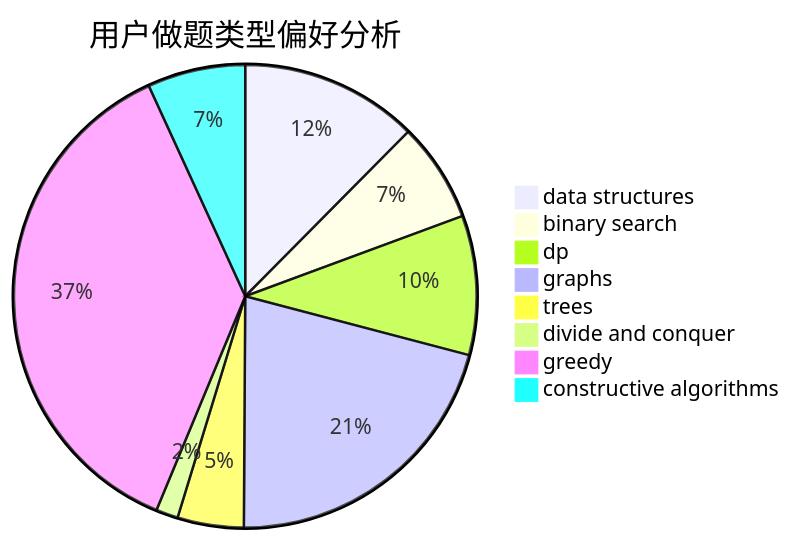
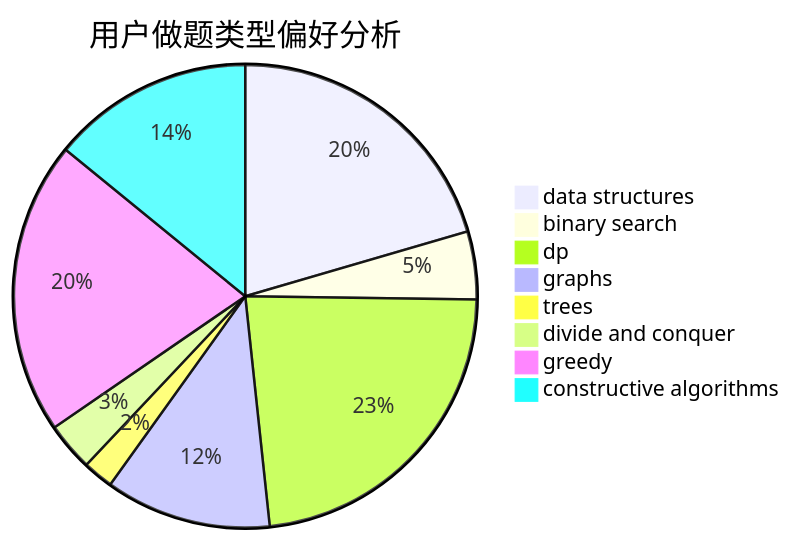
One commit to sherpahu/cfrs.github.io changed the second of 3 diagrams in docs/user/u156.md. Above: the diagram before and after it, drawn with Mermaid. The commit also changed other lines of this file and 2770 other files, not shown here.

````diff
--- a/docs/user/u156.md
+++ b/docs/user/u156.md
@@ -23,11 +23,11 @@
 ```mermaid
 pie title 用户做题类型偏好分析
-    "data structures" :  129
-    "binary search" :  72
-    "dp" :  101
-    "graphs" :  218
-    "trees" :  48
-    "divide and conquer" :  16
-    "greedy" :  383
-    "constructive algorithms" :  71
+    "data structures" :  212
+    "binary search" :  49
+    "dp" :  239
+    "graphs" :  120
+    "trees" :  22
+    "divide and conquer" :  35
+    "greedy" :  212
+    "constructive algorithms" :  146
 ```
````
